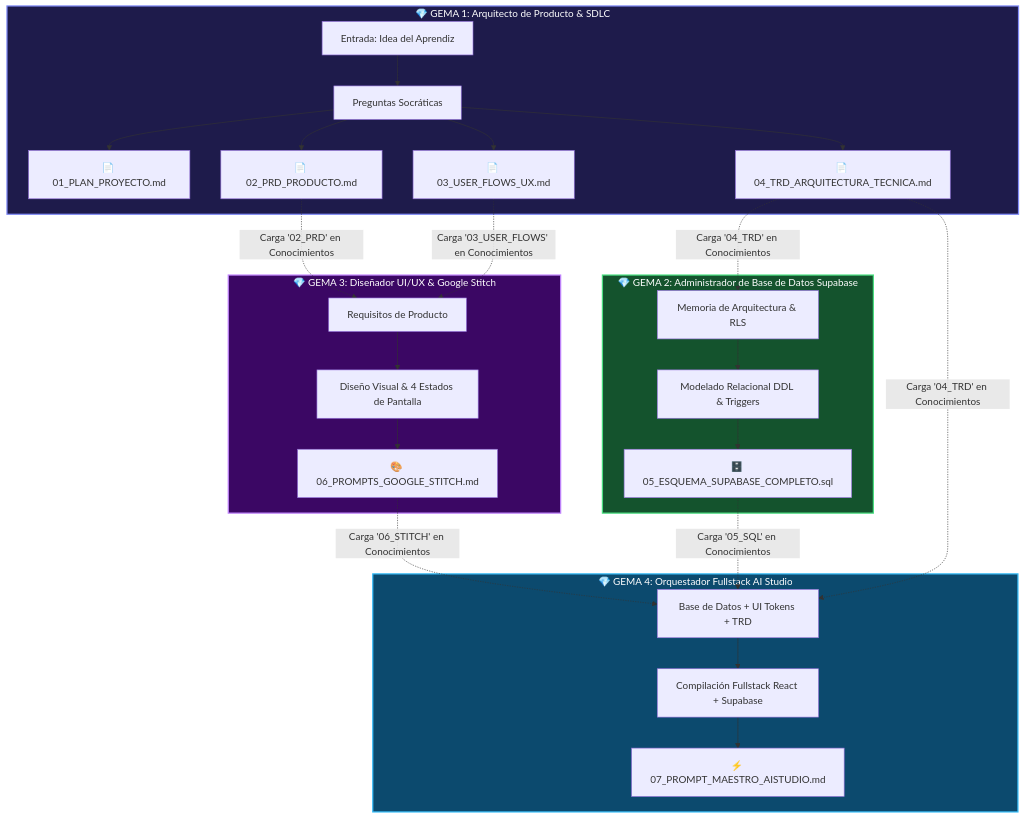
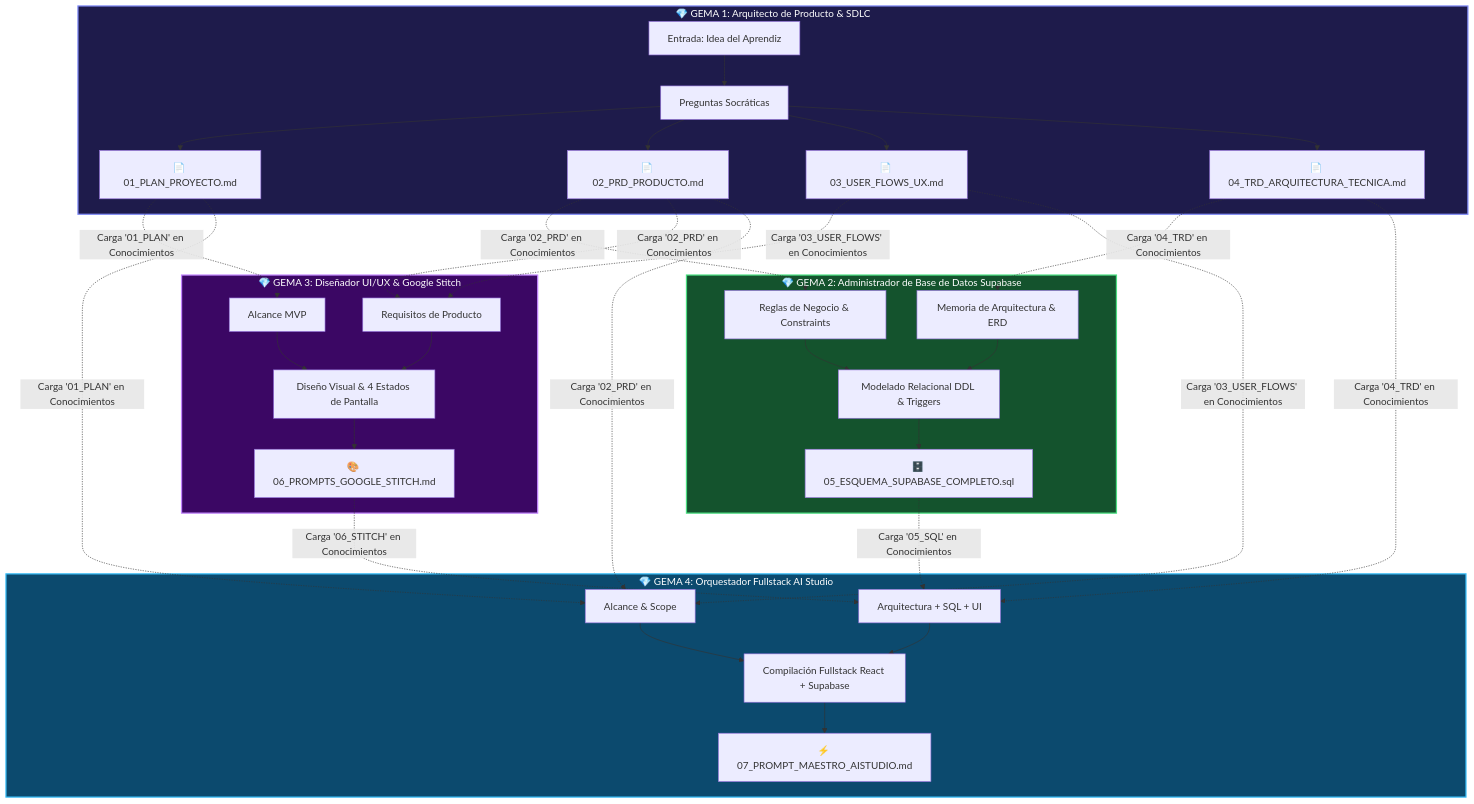
The first of 2 diagrams in CADENA_DE_GEMAS_Y_CONOCIMIENTOS.md (miuguelt/guia-desarrollo-guiado), drawn with Mermaid before and after one commit. The commit also changed other lines of this file and 23 other files, not shown here.

````diff
--- a/CADENA_DE_GEMAS_Y_CONOCIMIENTOS.md
+++ b/CADENA_DE_GEMAS_Y_CONOCIMIENTOS.md
@@ -11,36 +31,44 @@
 ```mermaid
 flowchart TD
     subgraph GEMA1["💎 GEMA 1: Arquitecto de Producto & SDLC"]
         A1["Entrada: Idea del Aprendiz"] --> A2["Preguntas Socráticas"]
         A2 --> A3["📄 01_PLAN_PROYECTO.md"]
         A2 --> A4["📄 02_PRD_PRODUCTO.md"]
         A2 --> A5["📄 03_USER_FLOWS_UX.md"]
         A2 --> A6["📄 04_TRD_ARQUITECTURA_TECNICA.md"]
     end
 
     subgraph GEMA2["💎 GEMA 2: Administrador de Base de Datos Supabase"]
-        A6 -. Carga '04_TRD' en Conocimientos .-> B1["Memoria de Arquitectura & RLS"]
-        B1 --> B2["Modelado Relacional DDL & Triggers"]
+        A4 -. Carga '02_PRD' en Conocimientos .-> B0["Reglas de Negocio & Constraints"]
+        A6 -. Carga '04_TRD' en Conocimientos .-> B1["Memoria de Arquitectura & ERD"]
+        B0 --> B2["Modelado Relacional DDL & Triggers"]
+        B1 --> B2
         B2 --> B3["🗄️ 05_ESQUEMA_SUPABASE_COMPLETO.sql"]
     end
 
     subgraph GEMA3["💎 GEMA 3: Diseñador UI/UX & Google Stitch"]
+        A3 -. Carga '01_PLAN' en Conocimientos .-> C0["Alcance MVP"]
         A4 -. Carga '02_PRD' en Conocimientos .-> C1["Requisitos de Producto"]
         A5 -. Carga '03_USER_FLOWS' en Conocimientos .-> C1
-        C1 --> C2["Diseño Visual & 4 Estados de Pantalla"]
+        C0 --> C2["Diseño Visual & 4 Estados de Pantalla"]
+        C1 --> C2
         C2 --> C3["🎨 06_PROMPTS_GOOGLE_STITCH.md"]
     end
 
     subgraph GEMA4["💎 GEMA 4: Orquestador Fullstack AI Studio"]
-        B3 -. Carga '05_SQL' en Conocimientos .-> D1["Base de Datos + UI Tokens + TRD"]
+        A3 -. Carga '01_PLAN' en Conocimientos .-> D0["Alcance & Scope"]
+        A4 -. Carga '02_PRD' en Conocimientos .-> D0
+        A5 -. Carga '03_USER_FLOWS' en Conocimientos .-> D0
+        A6 -. Carga '04_TRD' en Conocimientos .-> D1["Arquitectura + SQL + UI"]
+        B3 -. Carga '05_SQL' en Conocimientos .-> D1
         C3 -. Carga '06_STITCH' en Conocimientos .-> D1
-        A6 -. Carga '04_TRD' en Conocimientos .-> D1
-        D1 --> D2["Compilación Fullstack React + Supabase"]
+        D0 --> D2["Compilación Fullstack React + Supabase"]
+        D1 --> D2
         D2 --> D3["⚡ 07_PROMPT_MAESTRO_AISTUDIO.md"]
     end
 
     style GEMA1 fill:#1e1b4b,stroke:#818cf8,stroke-width:2px,color:#fff
     style GEMA2 fill:#14532d,stroke:#4ade80,stroke-width:2px,color:#fff
     style GEMA3 fill:#3b0764,stroke:#c084fc,stroke-width:2px,color:#fff
     style GEMA4 fill:#0c4a6e,stroke:#38bdf8,stroke-width:2px,color:#fff
 ```
````
